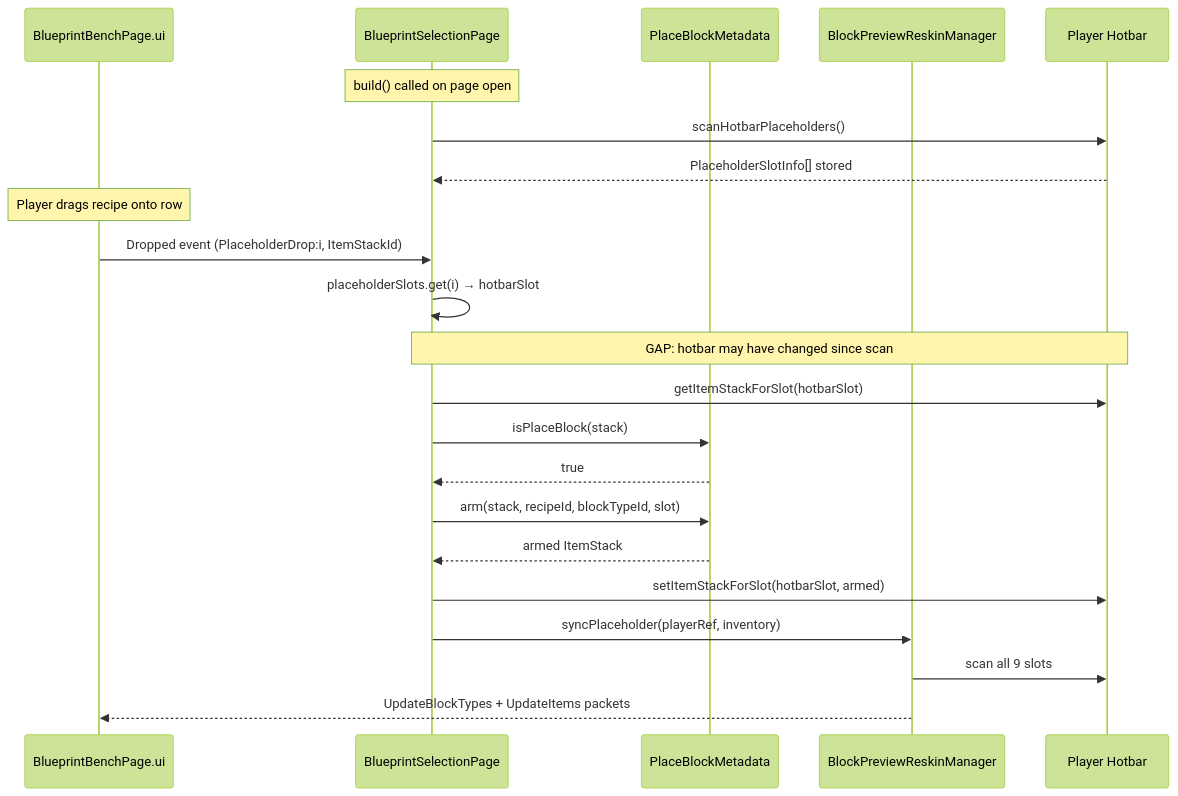
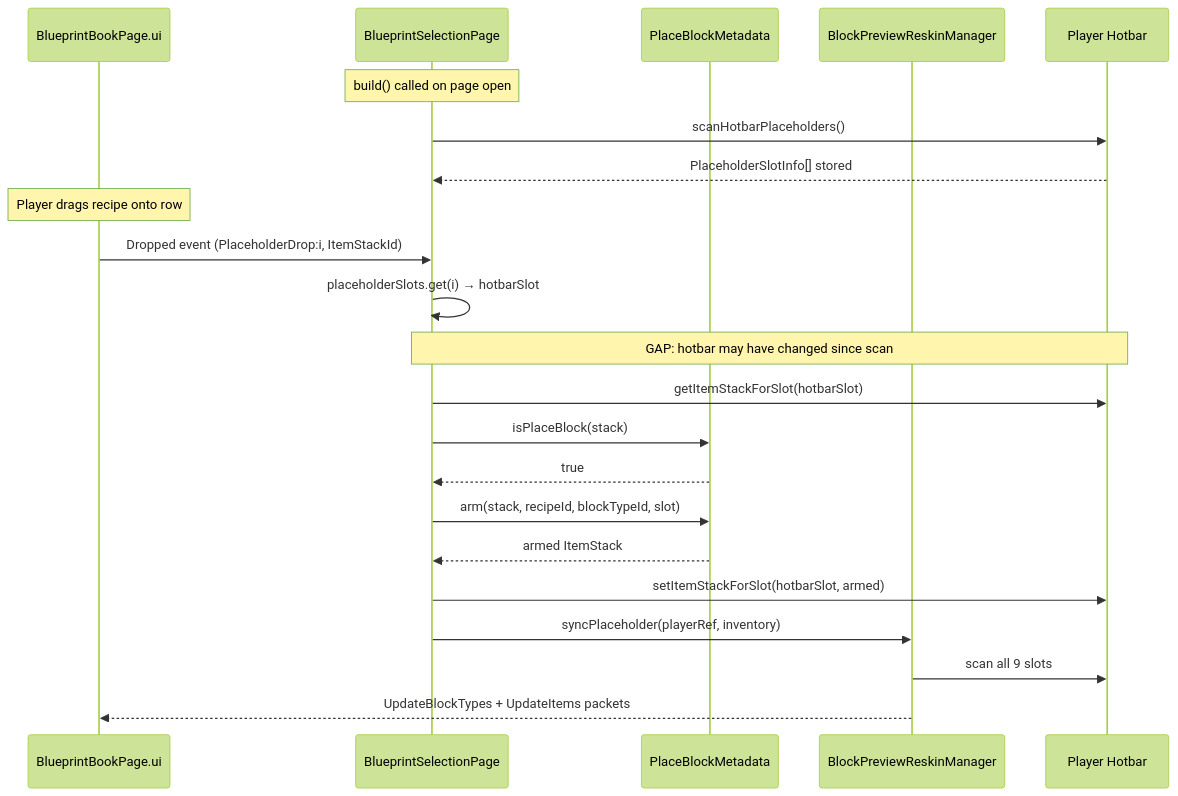
One commit to TheCodeCreature/Hytale-Example-Plugin changed the second of 2 diagrams in docs/review-dynamic-placeholder-list.md. Above: the diagram before and after it, drawn with Mermaid (forest theme). The commit also changed other lines of this file and 120 other files, not shown here.

First line of the commit message:
Refactor Blueprint Bench to Blueprint Book

````diff
--- a/docs/review-dynamic-placeholder-list.md
+++ b/docs/review-dynamic-placeholder-list.md
@@ -81,27 +81,27 @@
 ```mermaid
 sequenceDiagram
-    participant UI as BlueprintBenchPage.ui
+    participant UI as BlueprintBookPage.ui
     participant BSP as BlueprintSelectionPage
     participant PBM as PlaceBlockMetadata
     participant BPRM as BlockPreviewReskinManager
     participant Hotbar as Player Hotbar
 
     Note over BSP: build() called on page open
     BSP->>Hotbar: scanHotbarPlaceholders()
     Hotbar-->>BSP: PlaceholderSlotInfo[] stored
 
     Note over UI: Player drags recipe onto row
     UI->>BSP: Dropped event (PlaceholderDrop:i, ItemStackId)
     BSP->>BSP: placeholderSlots.get(i) → hotbarSlot
 
     Note over BSP,Hotbar: GAP: hotbar may have changed since scan
     BSP->>Hotbar: getItemStackForSlot(hotbarSlot)
     BSP->>PBM: isPlaceBlock(stack)
     PBM-->>BSP: true
     BSP->>PBM: arm(stack, recipeId, blockTypeId, slot)
     PBM-->>BSP: armed ItemStack
     BSP->>Hotbar: setItemStackForSlot(hotbarSlot, armed)
     BSP->>BPRM: syncPlaceholder(playerRef, inventory)
     BPRM->>Hotbar: scan all 9 slots
     BPRM-->>UI: UpdateBlockTypes + UpdateItems packets
 ```
````
